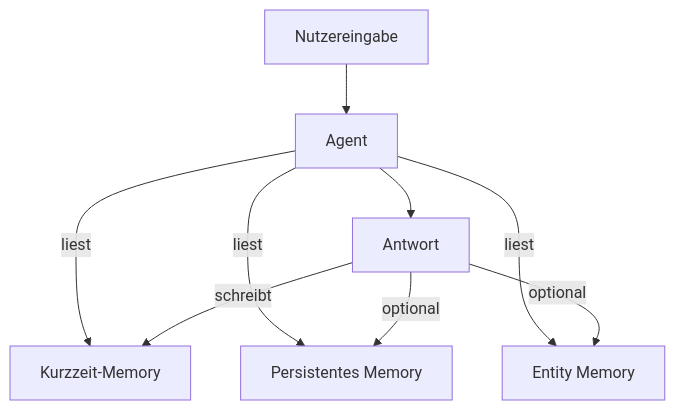
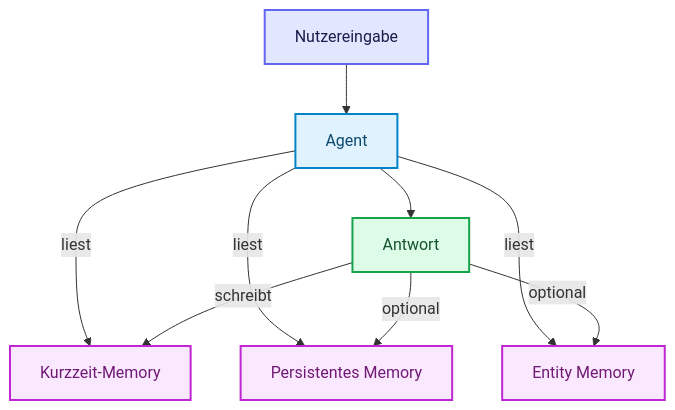
The fifth of 7 diagrams in docs/04-agenten-implementierung/ablauf-zustand/memory-systeme.md (ralf-42/Agenten), drawn with Mermaid before and after one commit. The commit also changed other lines of this file and 18 other files, not shown here.

````diff
--- a/docs/04-agenten-implementierung/ablauf-zustand/memory-systeme.md
+++ b/docs/04-agenten-implementierung/ablauf-zustand/memory-systeme.md
@@ -420,13 +447,22 @@
 ```mermaid
 flowchart TD
     INPUT[Nutzereingabe] --> AGENT[Agent]
 
     AGENT -->|liest| ST[Kurzzeit-Memory]
     AGENT -->|liest| LT[Persistentes Memory]
     AGENT -->|liest| EM[Entity Memory]
 
     AGENT --> RESPONSE[Antwort]
     RESPONSE -->|schreibt| ST
     RESPONSE -->|optional| LT
     RESPONSE -->|optional| EM
+
+    classDef default fill:#e0f2fe,stroke:#0284c7,stroke-width:2px,color:#0c4a6e;
+    classDef input fill:#e0e7ff,stroke:#6366f1,stroke-width:2px,color:#1e1b4b;
+    classDef output fill:#dcfce7,stroke:#16a34a,stroke-width:2px,color:#14532d;
+    classDef target fill:#fae8ff,stroke:#c026d3,stroke-width:2px,color:#701a75;
+
+    class INPUT input;
+    class RESPONSE output;
+    class ST,LT,EM target;
 ```
````
